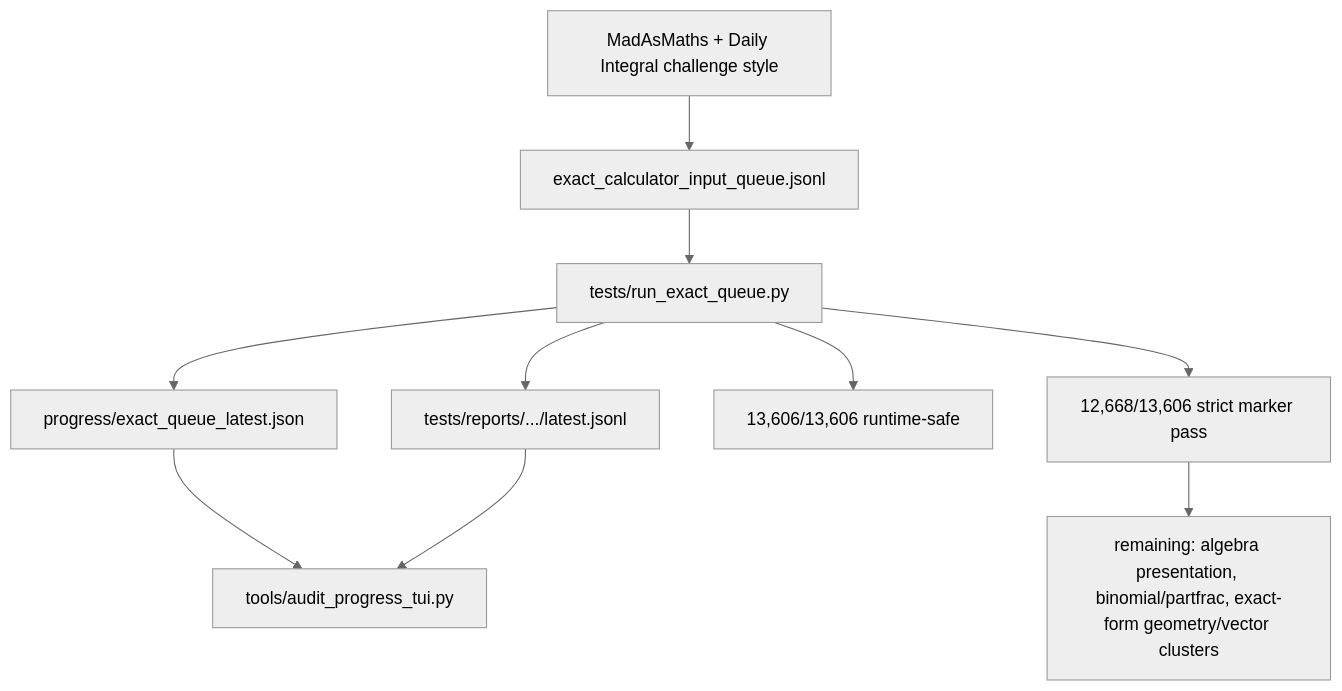
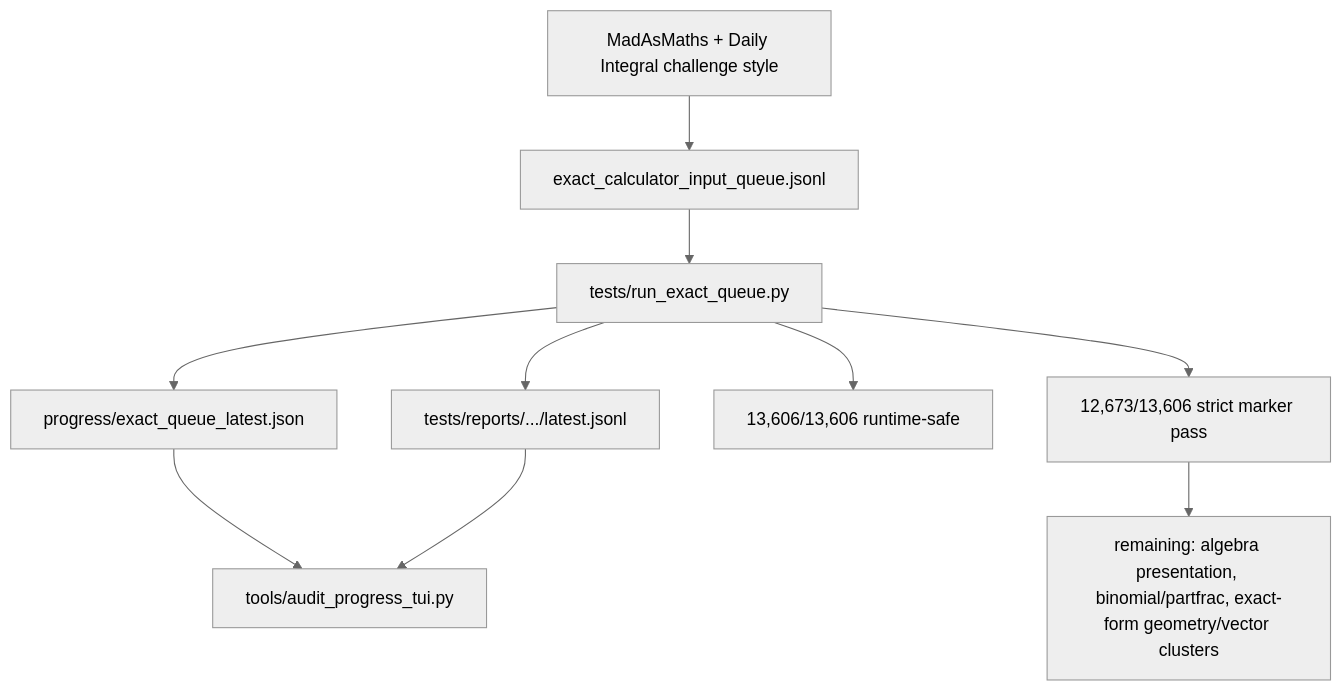
The fifth of 5 diagrams in docs/GRAPH.md (james8464/notes-addin-casio-fx-cg50), drawn with Mermaid (neutral theme) before and after one commit. The commit also changed other lines of this file and 3 other files, not shown here.

````diff
--- a/docs/GRAPH.md
+++ b/docs/GRAPH.md
@@ -57,12 +57,12 @@
 ```mermaid
 graph TD
   Online["MadAsMaths + Daily Integral challenge style"] --> Queue["exact_calculator_input_queue.jsonl"]
   Queue --> Runner["tests/run_exact_queue.py"]
   Runner --> Live["progress/exact_queue_latest.json"]
   Runner --> Report["tests/reports/.../latest.jsonl"]
   Live --> TUI["tools/audit_progress_tui.py"]
   Report --> TUI
   Runner --> Runtime["13,606/13,606 runtime-safe"]
-  Runner --> Strict["12,668/13,606 strict marker pass"]
+  Runner --> Strict["12,673/13,606 strict marker pass"]
   Strict --> Remaining["remaining: algebra presentation, binomial/partfrac, exact-form geometry/vector clusters"]
 ```
````
